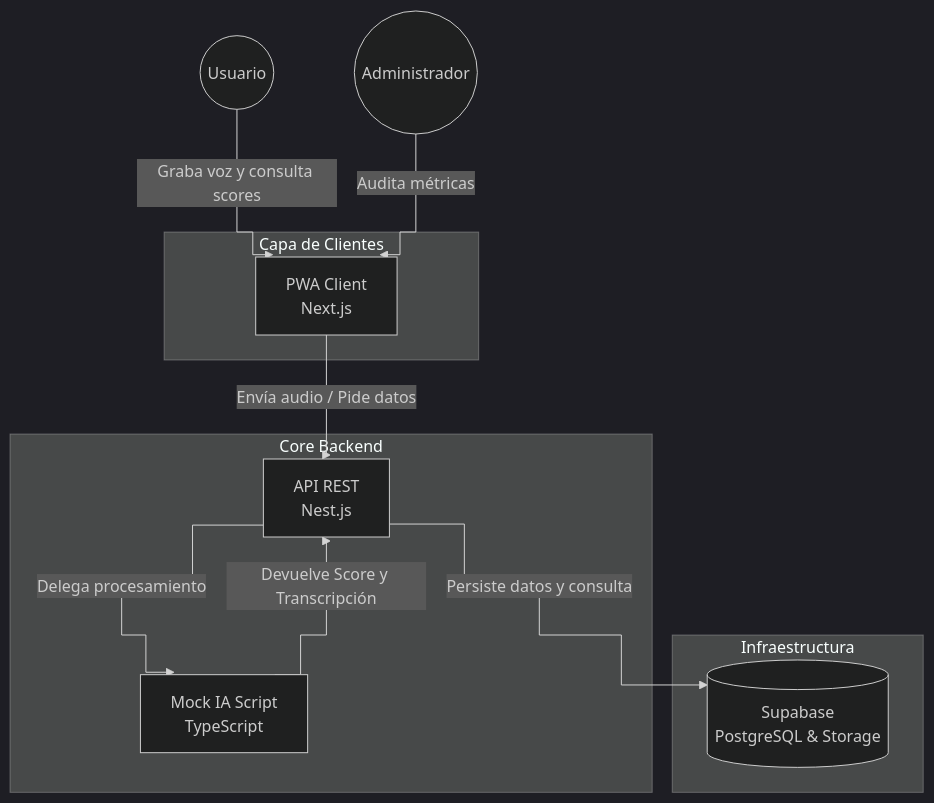
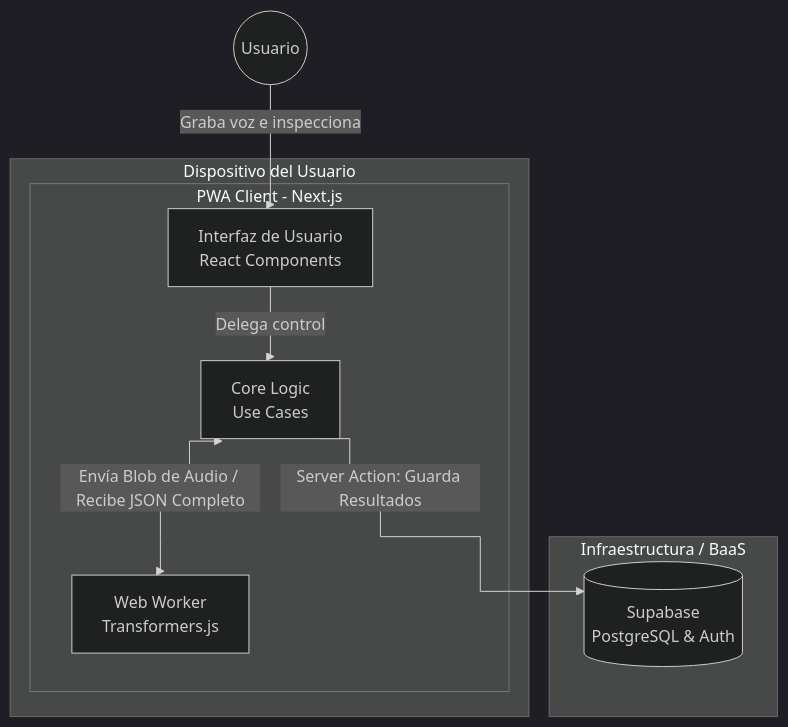
The diagram in docs/docs/arquitectura/contenedores.md (VGMil-dev/cicero), drawn with Mermaid (dark theme) before and after one commit. The commit also changed other lines of this file and 5 other files, not shown here.

First line of the commit message:
docs: pivotar arquitectura a PWA con Transformers.js y Supabase BaaS

````diff
--- a/docs/docs/arquitectura/contenedores.md
+++ b/docs/docs/arquitectura/contenedores.md
@@ -5,33 +5,25 @@
 ```mermaid
 %%{init: {'flowchart': {'curve': 'step'}}}%%
 flowchart TD
     User((Usuario))
-    Admin((Administrador))
 
-    subgraph Clients [Capa de Clientes]
-        PWA[PWA Client<br/>Next.js]
+    subgraph ClientDevice [Dispositivo del Usuario]
+        subgraph PWA [PWA Client - Next.js]
+            UI[Interfaz de Usuario<br/>React Components]
+            Logic[Core Logic<br/>Use Cases]
+            Worker[Web Worker<br/>Transformers.js]
+        end
     end
 
-    subgraph Backend [Core Backend]
-        NestAPI[API REST<br/>Nest.js]
-        MockIA[Mock IA Script<br/>TypeScript]
+    subgraph Infra [Infraestructura / BaaS]
+        Supabase[(Supabase<br/>PostgreSQL & Auth)]
     end
 
-    subgraph Infra [Infraestructura]
-        Supabase[(Supabase<br/>PostgreSQL & Storage)]
-    end
+    %% Flujos internos del cliente
+    User -->|Graba voz e inspecciona| UI
+    UI -->|Delega control| Logic
+    Logic <-->|Envía Blob de Audio / Recibe JSON Completo| Worker
 
-    %% Relaciones de Usuario a Clientes
-    User -->|Graba voz y consulta scores| PWA
-    Admin -->|Audita métricas| PWA
-
-    %% Relaciones de Clientes a API
-    PWA -->|Envía audio / Pide datos| NestAPI
-
-    %% Relaciones Internas del Backend
-    NestAPI -->|Delega procesamiento| MockIA
-    MockIA -->|Devuelve Score y Transcripción| NestAPI
-
-    %% Relaciones de API a Infraestructura
-    NestAPI -->|Persiste datos y consulta| Supabase
+    %% Flujo hacia el backend as a service
+    Logic -->|Server Action: Guarda Resultados| Supabase
 ```
````
